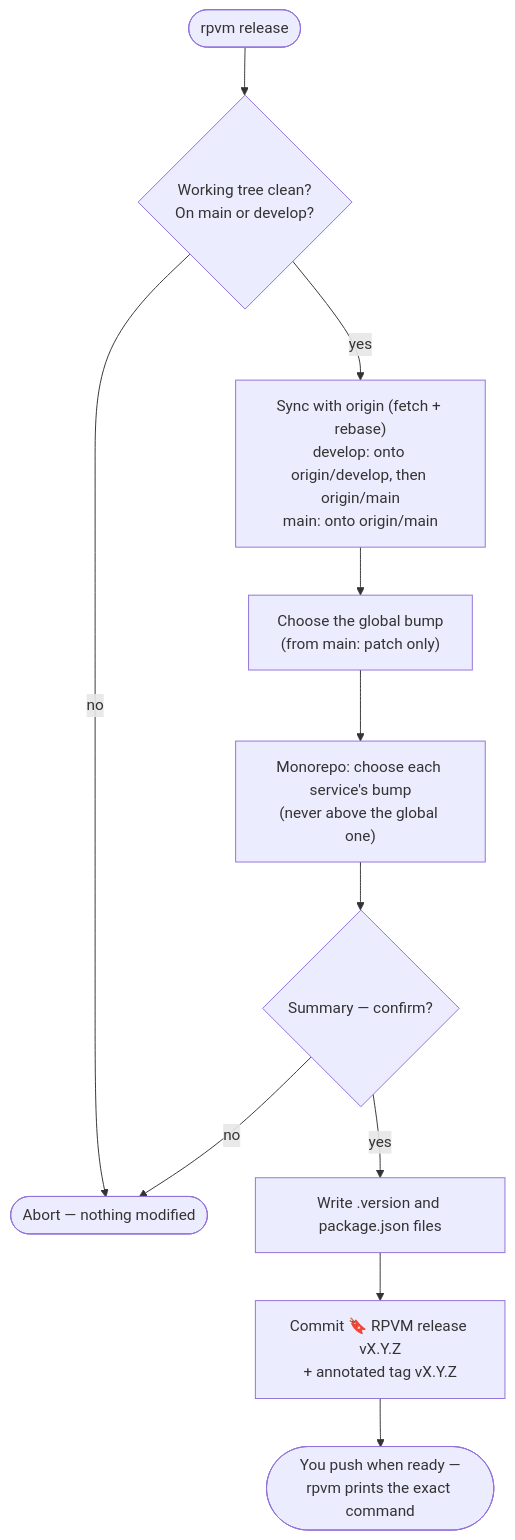
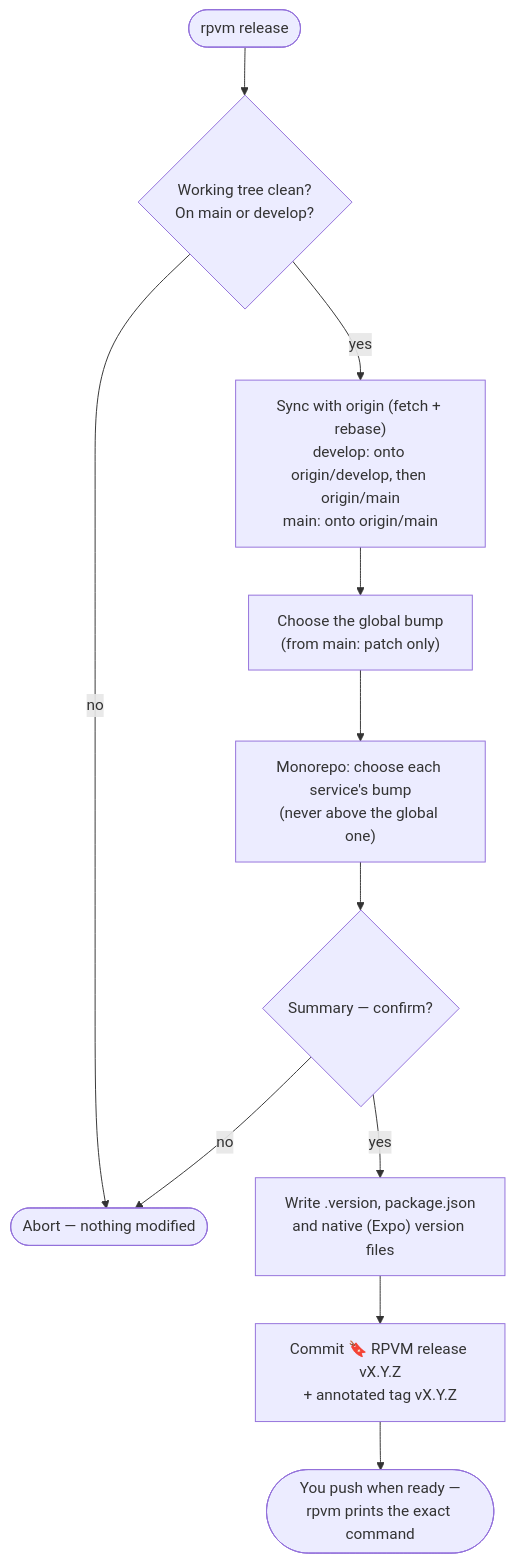
The diagram in README.md (Gcuencam/repo-version-manager), drawn with Mermaid before and after one commit. The commit also changed other lines of this file and 5 other files, not shown here.

First line of the commit message:
✨ Add Expo/React Native native version management

````diff
--- a/README.md
+++ b/README.md
@@ -83,13 +86,13 @@
 ```mermaid
 flowchart TD
     start(["rpvm release"]) --> checks{"Working tree clean?<br/>On main or develop?"}
     checks -- no --> abort(["Abort — nothing modified"])
     checks -- yes --> sync["Sync with origin (fetch + rebase)<br/>develop: onto origin/develop, then origin/main<br/>main: onto origin/main"]
     sync --> bump["Choose the global bump<br/>(from main: patch only)"]
     bump --> services["Monorepo: choose each service's bump<br/>(never above the global one)"]
     services --> summary{"Summary — confirm?"}
     summary -- no --> abort
-    summary -- yes --> write["Write .version and package.json files"]
+    summary -- yes --> write["Write .version, package.json<br/>and native (Expo) version files"]
     write --> tag["Commit 🔖 RPVM release vX.Y.Z<br/>+ annotated tag vX.Y.Z"]
     tag --> push(["You push when ready —<br/>rpvm prints the exact command"])
 ```
````
